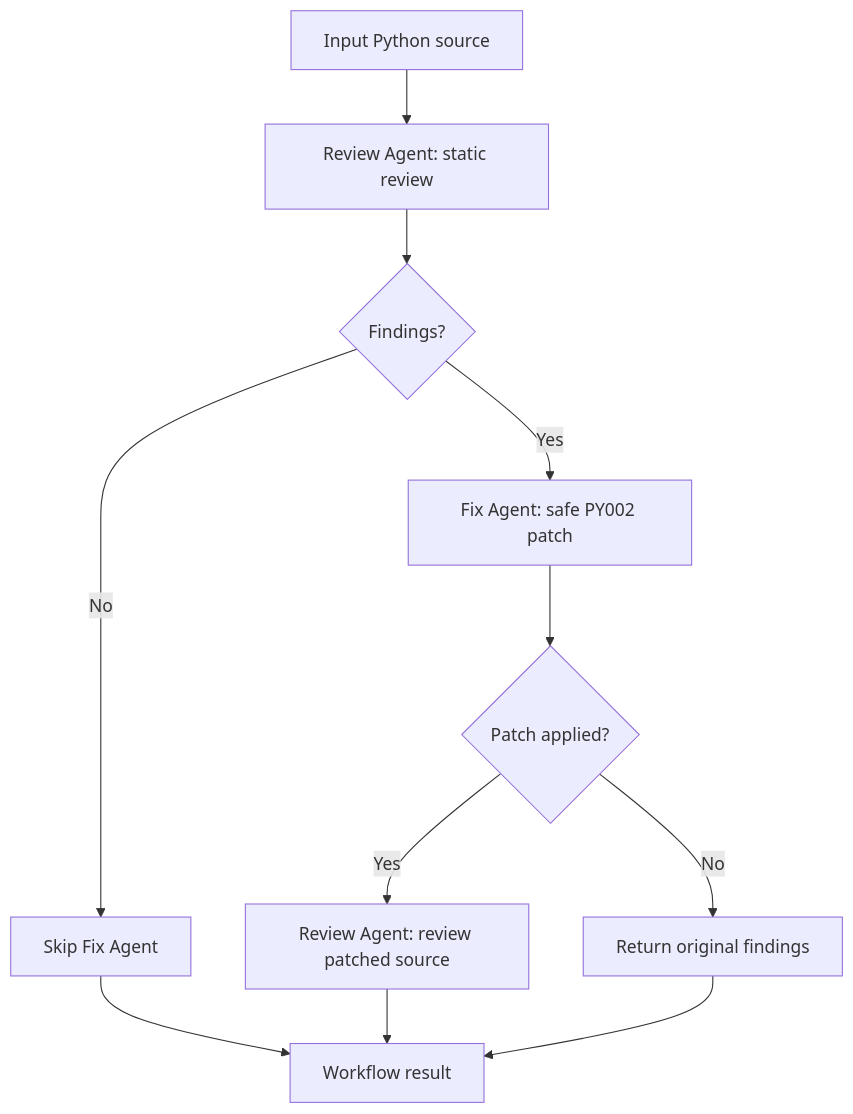
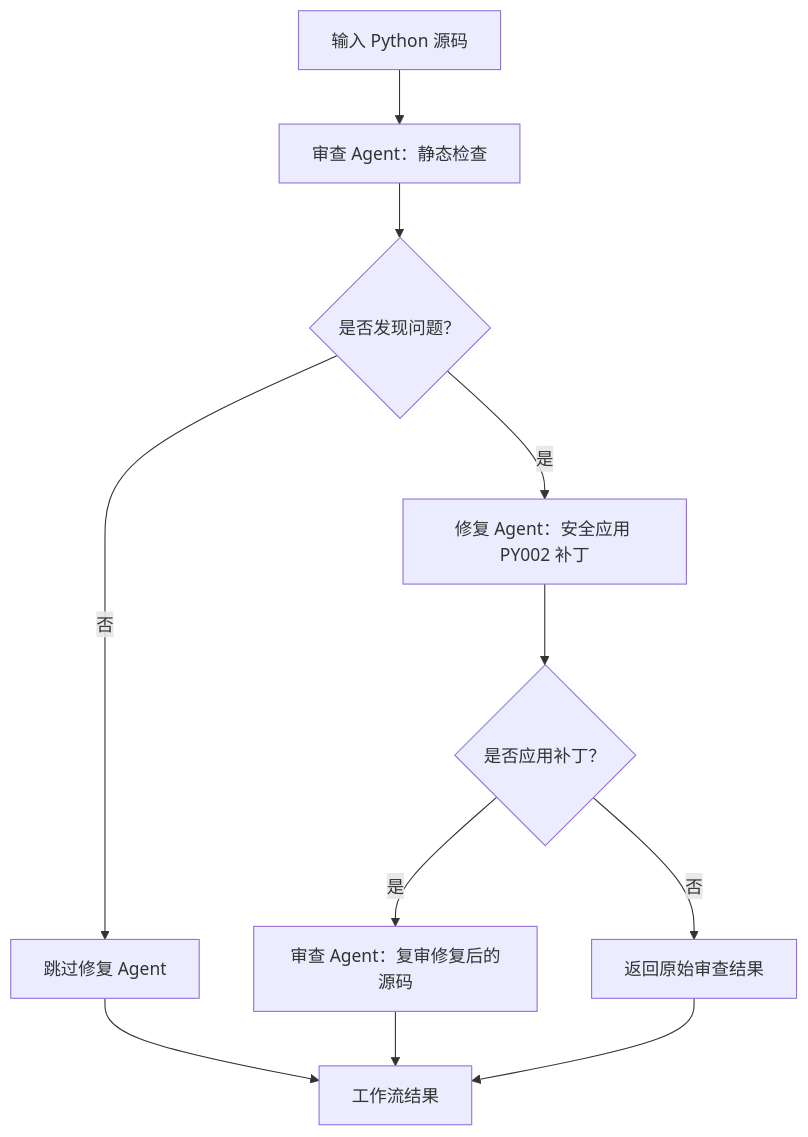
One commit to uly609/homework2-agent-workflow changed the diagram in docs/design.md. Above: the diagram before and after it, drawn with Mermaid. The commit also changed other lines of this file and 1 other file, not shown here.

````diff
--- a/docs/design.md
+++ b/docs/design.md
@@ -9,13 +9,13 @@
 ```mermaid
 flowchart TD
-    A[Input Python source] --> B[Review Agent: static review]
-    B --> C{Findings?}
-    C -- No --> D[Skip Fix Agent]
-    C -- Yes --> E[Fix Agent: safe PY002 patch]
-    E --> F{Patch applied?}
-    F -- Yes --> G[Review Agent: review patched source]
-    F -- No --> H[Return original findings]
-    D --> I[Workflow result]
+    A[输入 Python 源码] --> B[审查 Agent：静态检查]
+    B --> C{是否发现问题？}
+    C -- 否 --> D[跳过修复 Agent]
+    C -- 是 --> E[修复 Agent：安全应用 PY002 补丁]
+    E --> F{是否应用补丁？}
+    F -- 是 --> G[审查 Agent：复审修复后的源码]
+    F -- 否 --> H[返回原始审查结果]
+    D --> I[工作流结果]
     G --> I
     H --> I
 ```
````
